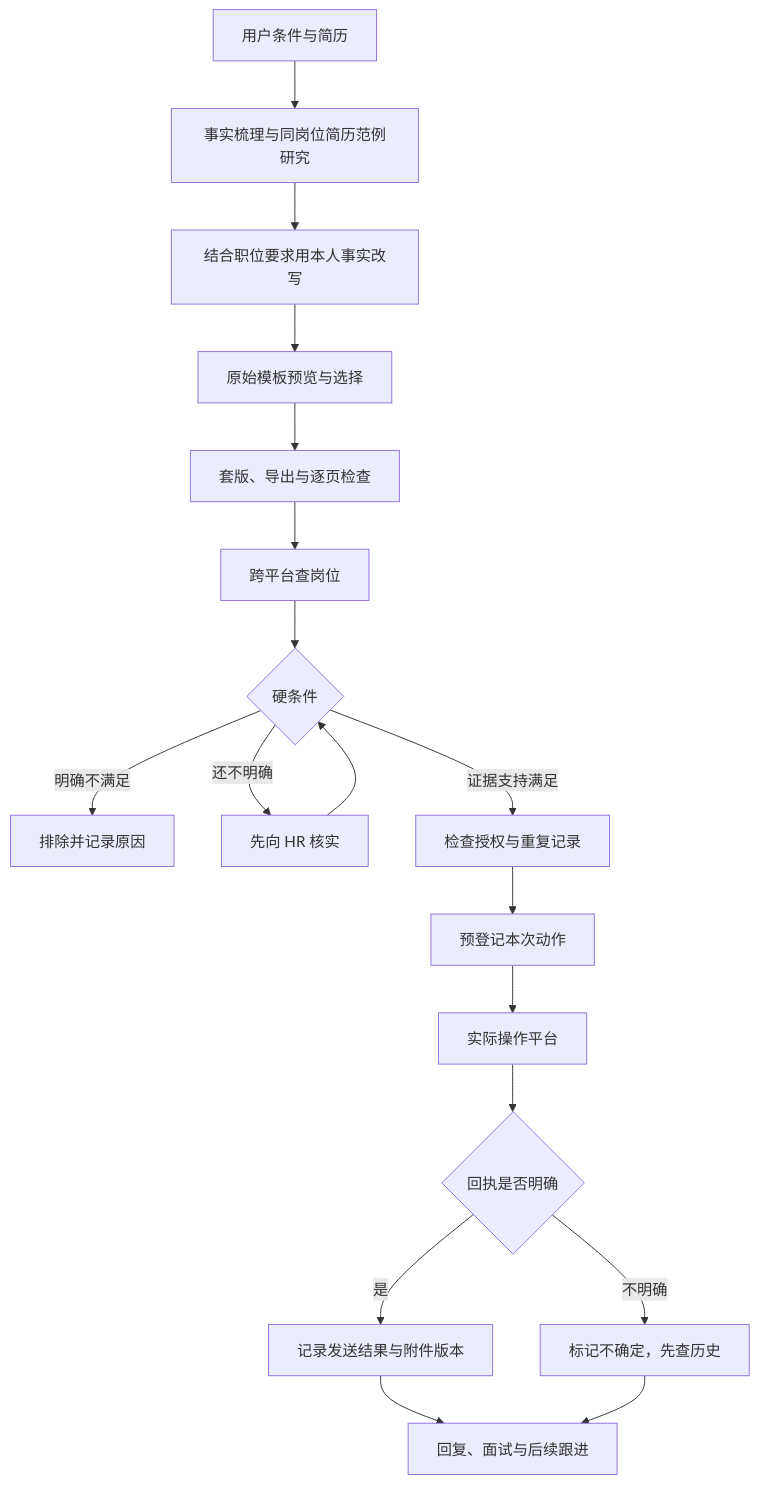
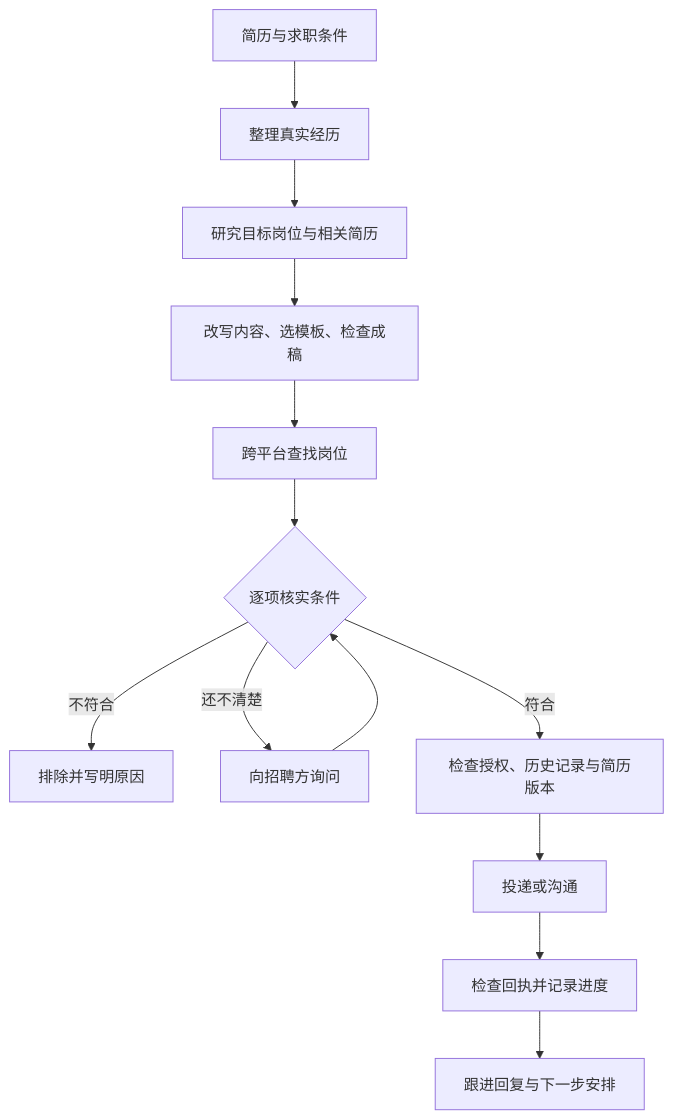
The diagram in README.md (oneAI6/yulan-offerpilot), drawn with Mermaid before and after one commit. The commit also changed other lines of this file and 2 other files, not shown here.

````diff
--- a/README.md
+++ b/README.md
@@ -61,20 +74,15 @@
 ```mermaid
 flowchart TD
-  A[用户条件与简历] --> R[事实梳理与同岗位简历范例研究]
-  R --> B[结合职位要求用本人事实改写]
-  B --> C[原始模板预览与选择]
-  C --> D[套版、导出与逐页检查]
-  D --> E[跨平台查岗位]
-  E --> F{硬条件}
-  F -->|明确不满足| G[排除并记录原因]
-  F -->|还不明确| H[先向 HR 核实]
-  F -->|证据支持满足| I[检查授权与重复记录]
+  A[简历与求职条件] --> B[整理真实经历]
+  B --> C[研究目标岗位与相关简历]
+  C --> D[改写内容、选模板、检查成稿]
+  D --> E[跨平台查找岗位]
+  E --> F{逐项核实条件}
+  F -->|不符合| G[排除并写明原因]
+  F -->|还不清楚| H[向招聘方询问]
   H --> F
-  I --> J[预登记本次动作]
-  J --> K[实际操作平台]
-  K --> L{回执是否明确}
-  L -->|是| M[记录发送结果与附件版本]
-  L -->|不明确| N[标记不确定，先查历史]
-  M --> O[回复、面试与后续跟进]
-  N --> O
+  F -->|符合| I[检查授权、历史记录与简历版本]
+  I --> J[投递或沟通]
+  J --> K[检查回执并记录进度]
+  K --> L[跟进回复与下一步安排]
 ```
````
